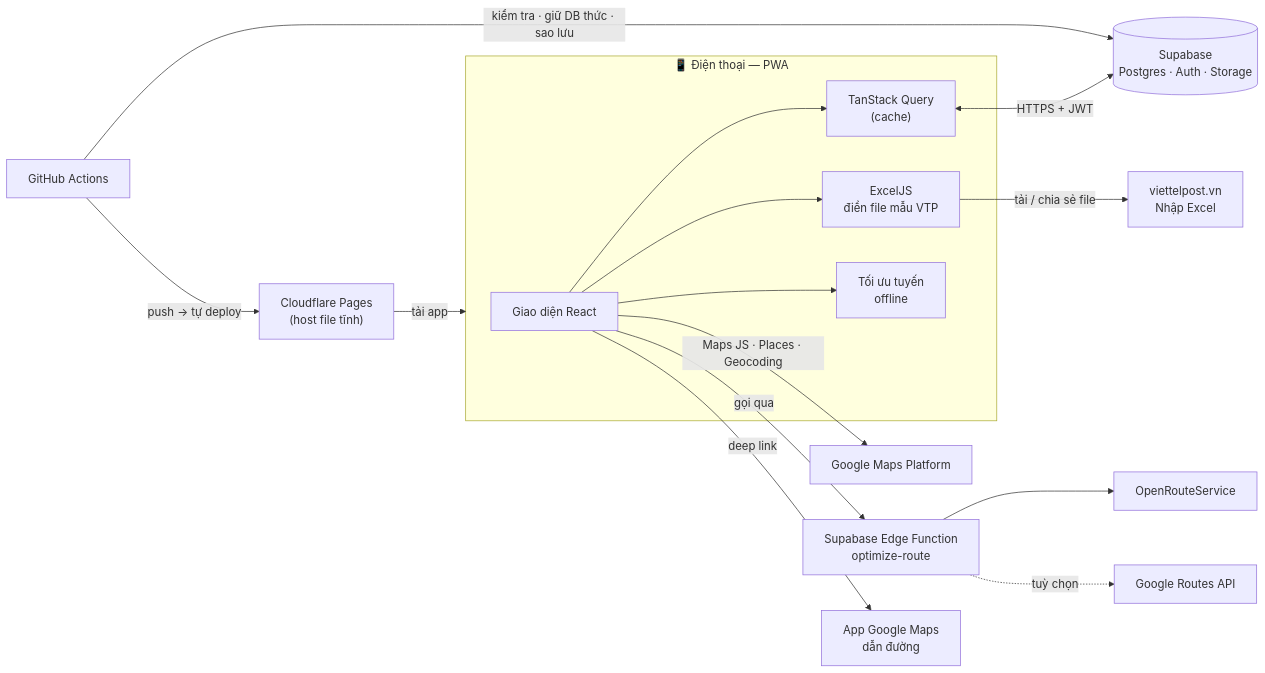
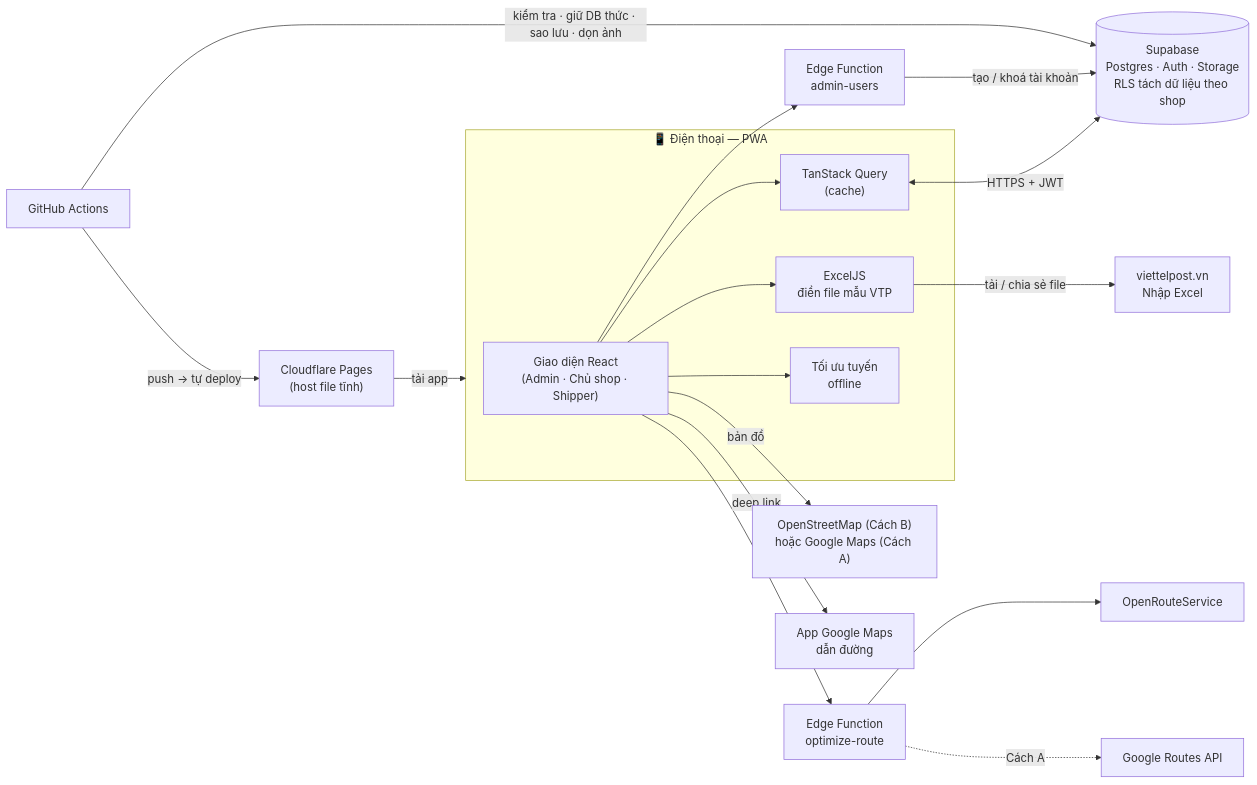
Before and after one commit to Underline007/smart-delivery: the third of 4 diagrams in docs/PLAN.md, drawn with Mermaid. The commit also changed other lines of this file and 1 other file, not shown here.

First line of the commit message:
Update plan: 3 roles, multi-shop, product variants

````diff
--- a/docs/PLAN.md
+++ b/docs/PLAN.md
@@ -270,19 +367,21 @@
 ```mermaid
 flowchart LR
   subgraph Phone["📱 Điện thoại — PWA"]
-    UI["Giao diện React"] --> QC["TanStack Query<br/>(cache)"]
+    UI["Giao diện React<br/>(Admin · Chủ shop · Shipper)"] --> QC["TanStack Query<br/>(cache)"]
     UI --> XL["ExcelJS<br/>điền file mẫu VTP"]
     UI --> RO["Tối ưu tuyến<br/>offline"]
   end
 
   CF["Cloudflare Pages<br/>(host file tĩnh)"] -->|tải app| Phone
-  QC <-->|HTTPS + JWT| SB[("Supabase<br/>Postgres · Auth · Storage")]
-  UI -->|Maps JS · Places · Geocoding| GM["Google Maps Platform"]
-  UI -->|gọi qua| EF["Supabase Edge Function<br/>optimize-route"]
-  EF --> ORS["OpenRouteService"]
-  EF -.tuỳ chọn.-> GR["Google Routes API"]
+  QC <-->|HTTPS + JWT| SB[("Supabase<br/>Postgres · Auth · Storage<br/>RLS tách dữ liệu theo shop")]
+  UI --> EF1["Edge Function<br/>admin-users"]
+  EF1 -->|tạo / khoá tài khoản| SB
+  UI --> EF2["Edge Function<br/>optimize-route"]
+  EF2 --> ORS["OpenRouteService"]
+  EF2 -.Cách A.-> GR["Google Routes API"]
+  UI -->|bản đồ| MAP["OpenStreetMap (Cách B)<br/>hoặc Google Maps (Cách A)"]
   UI -->|deep link| GMA["App Google Maps<br/>dẫn đường"]
   XL -->|tải / chia sẻ file| VTP["viettelpost.vn<br/>Nhập Excel"]
-  GH["GitHub Actions"] -->|kiểm tra · giữ DB thức · sao lưu| SB
+  GH["GitHub Actions"] -->|kiểm tra · giữ DB thức · sao lưu · dọn ảnh| SB
   GH -->|push → tự deploy| CF
 ```
````
